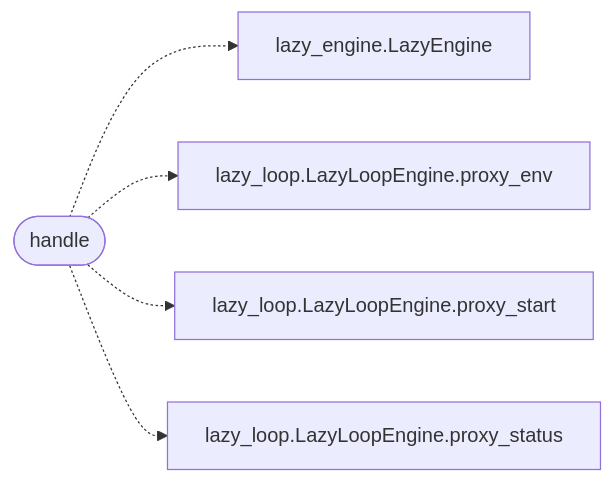
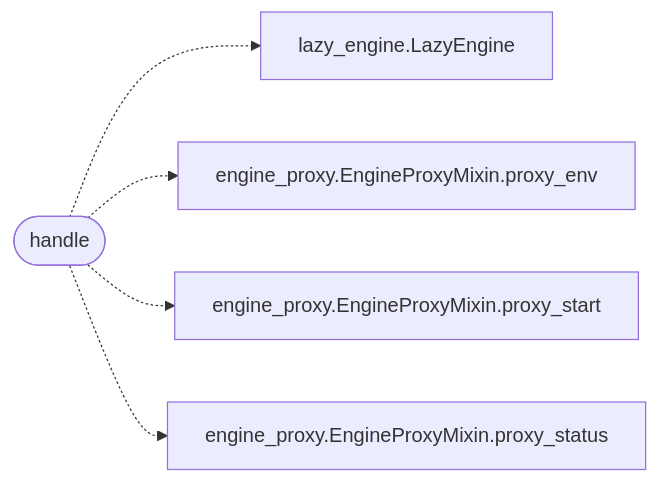
Before and after one commit to grisuno/LazyOwn: the diagram in readmenator-apidocs/modules/skills.mcp_tools.lazy_proxy.py.md, drawn with Mermaid. The commit also changed other lines of this file and 464 other files, not shown here.

````diff
--- a/readmenator-apidocs/modules/skills.mcp_tools.lazy_proxy.py.md
+++ b/readmenator-apidocs/modules/skills.mcp_tools.lazy_proxy.py.md
@@ -16,12 +16,12 @@
 ```mermaid
 flowchart LR
     n_skills_mcp_tools_lazy_proxy_py__handle(["handle"])
     n_modules_lazy_engine_py__LazyEngine["lazy_engine.LazyEngine"]
-    n_modules_lazy_loop_py__LazyLoopEngine_proxy_env["lazy_loop.LazyLoopEngine.proxy_env"]
-    n_modules_lazy_loop_py__LazyLoopEngine_proxy_start["lazy_loop.LazyLoopEngine.proxy_start"]
-    n_modules_lazy_loop_py__LazyLoopEngine_proxy_status["lazy_loop.LazyLoopEngine.proxy_status"]
+    n_modules_loop_engine_proxy_py__EngineProxyMixin_proxy_env["engine_proxy.EngineProxyMixin.proxy_env"]
+    n_modules_loop_engine_proxy_py__EngineProxyMixin_proxy_start["engine_proxy.EngineProxyMixin.proxy_start"]
+    n_modules_loop_engine_proxy_py__EngineProxyMixin_proxy_status["engine_proxy.EngineProxyMixin.proxy_status"]
     n_skills_mcp_tools_lazy_proxy_py__handle -.-> n_modules_lazy_engine_py__LazyEngine
-    n_skills_mcp_tools_lazy_proxy_py__handle -.-> n_modules_lazy_loop_py__LazyLoopEngine_proxy_env
-    n_skills_mcp_tools_lazy_proxy_py__handle -.-> n_modules_lazy_loop_py__LazyLoopEngine_proxy_start
-    n_skills_mcp_tools_lazy_proxy_py__handle -.-> n_modules_lazy_loop_py__LazyLoopEngine_proxy_status
+    n_skills_mcp_tools_lazy_proxy_py__handle -.-> n_modules_loop_engine_proxy_py__EngineProxyMixin_proxy_env
+    n_skills_mcp_tools_lazy_proxy_py__handle -.-> n_modules_loop_engine_proxy_py__EngineProxyMixin_proxy_start
+    n_skills_mcp_tools_lazy_proxy_py__handle -.-> n_modules_loop_engine_proxy_py__EngineProxyMixin_proxy_status
 ```
````
